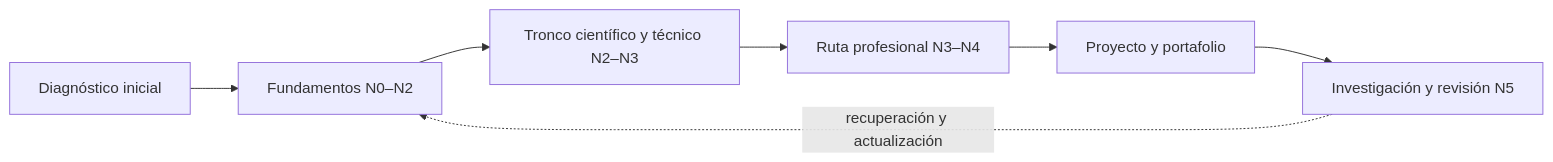
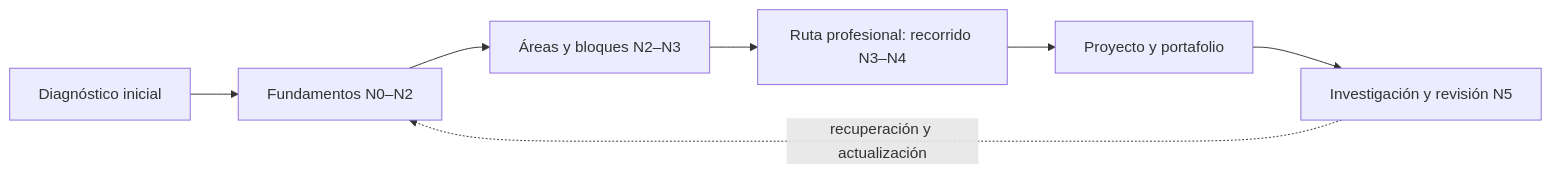
Before and after one commit to vladimiracunadev-create/astronomy-astrophysics-space-sciences-aerospace-engineering-learning-program: the diagram in README.md, drawn with Mermaid. The commit also changed other lines of this file and 299 other files, not shown here.

````diff
--- a/README.md
+++ b/README.md
@@ -69,9 +62,9 @@
 ```mermaid
 flowchart LR
     A["Diagnóstico inicial"] --> B["Fundamentos N0–N2"]
-    B --> C["Tronco científico y técnico N2–N3"]
-    C --> D["Ruta profesional N3–N4"]
+    B --> C["Áreas y bloques N2–N3"]
+    C --> D["Ruta profesional: recorrido N3–N4"]
     D --> E["Proyecto y portafolio"]
     E --> F["Investigación y revisión N5"]
     F -. "recuperación y actualización" .-> B
 ```
````
